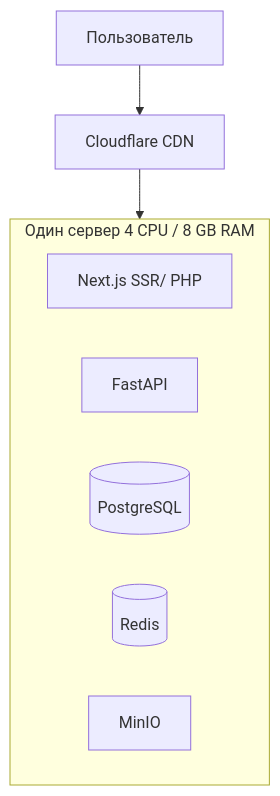
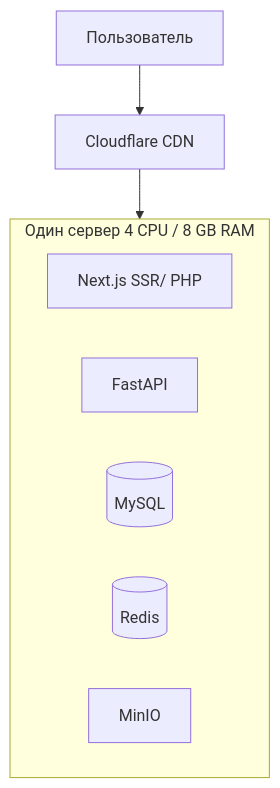
The first of 2 diagrams in Requirements.md (Zwelakhe-git/News-Platform-Politech), drawn with Mermaid before and after one commit. The commit also changed other lines of this file, not shown here.

````diff
--- a/Requirements.md
+++ b/Requirements.md
@@ -190,13 +190,13 @@
 ```mermaid
 graph TD
     User[Пользователь] --> Cloudflare[Cloudflare CDN]
     Cloudflare --> VM1[Виртуальный сервер]
     
     subgraph VM1 [Один сервер 4 CPU / 8 GB RAM]
         Next[Next.js SSR/ PHP]
         API[FastAPI]
-        PG[(PostgreSQL)]
+        PG[(MySQL)]
         Redis[(Redis)]
         MinIO[MinIO]
     end
 ```
````
